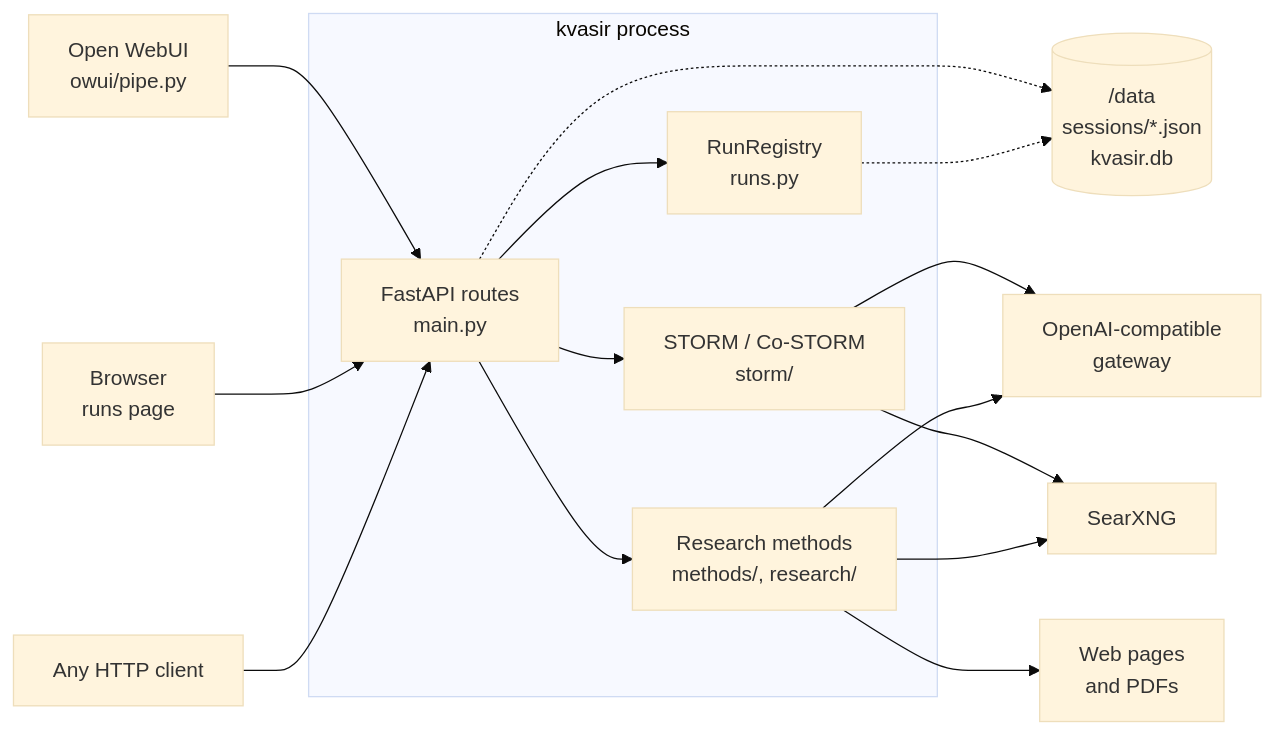
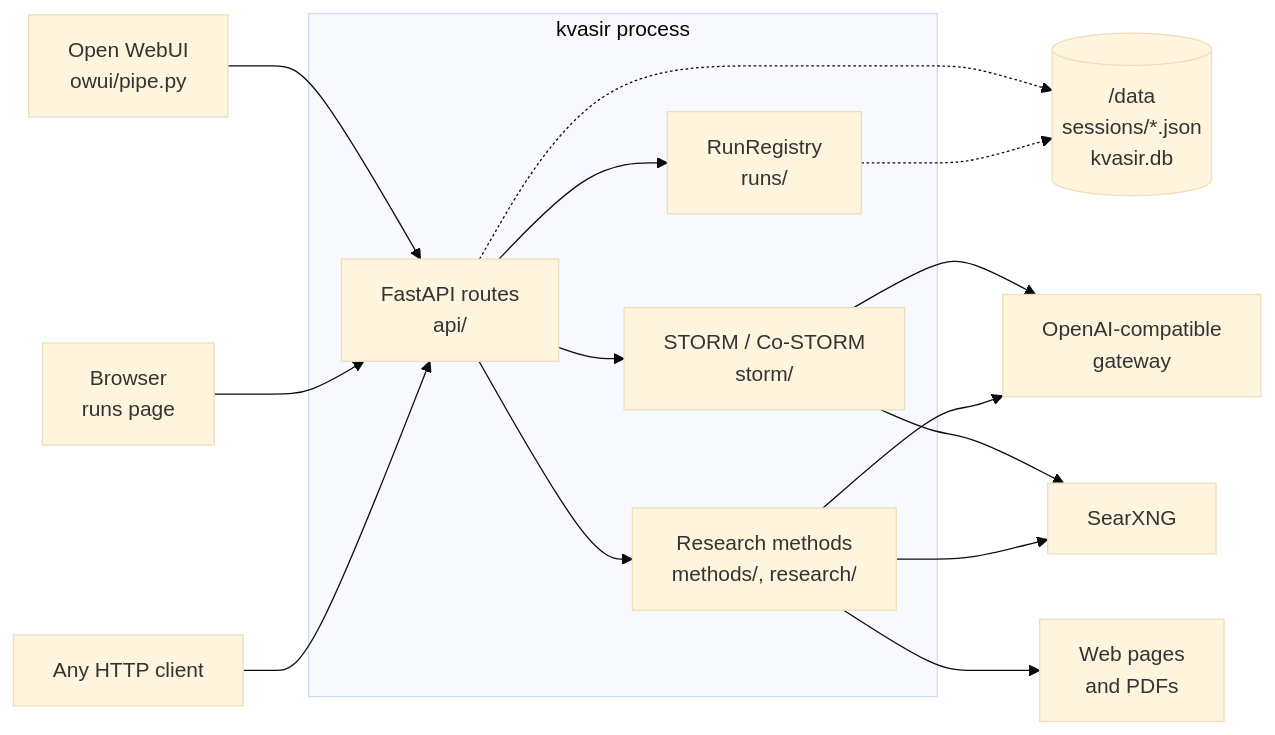
Before and after one commit to brewcoua/kvasir: the first of 6 diagrams in docs/architecture.md, drawn with Mermaid (base theme). The commit also changed other lines of this file and 50 other files, not shown here.

First line of the commit message:
refactor: split the service into api, schemas and runs packages

````diff
--- a/docs/architecture.md
+++ b/docs/architecture.md
@@ -17,32 +17,32 @@
 ```mermaid
 flowchart LR
     owui["Open WebUI<br/>owui/pipe.py"]
     browser["Browser<br/>runs page"]
     curl["Any HTTP client"]
 
     subgraph kvasir["kvasir process"]
-        api["FastAPI routes<br/>main.py"]
-        registry["RunRegistry<br/>runs.py"]
+        api["FastAPI routes<br/>api/"]
+        registry["RunRegistry<br/>runs/"]
         storm["STORM / Co-STORM<br/>storm/"]
         deep["Research methods<br/>methods/, research/"]
     end
 
     gateway["OpenAI-compatible<br/>gateway"]
     searxng["SearXNG"]
     web["Web pages<br/>and PDFs"]
     data[("/data<br/>sessions/*.json<br/>kvasir.db")]
 
     owui --> api
     browser --> api
     curl --> api
     api --> registry
     api --> storm
     api --> deep
     storm --> gateway
     storm --> searxng
     deep --> gateway
     deep --> searxng
     deep --> web
     api -.-> data
     registry -.-> data
 ```
````
